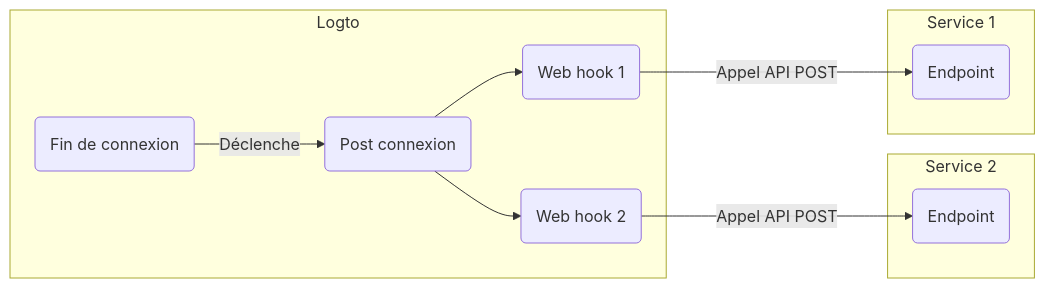
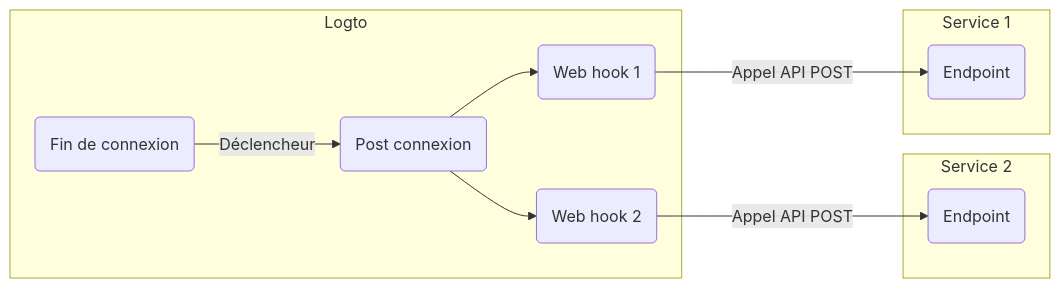
One commit to logto-io/docs changed the diagram in i18n/fr/docusaurus-plugin-content-docs/current/developers/webhooks/README.mdx. Above: the diagram before and after it, drawn with Mermaid. The commit also changed other lines of this file and 234 other files, not shown here.

````diff
--- a/i18n/fr/docusaurus-plugin-content-docs/current/developers/webhooks/README.mdx
+++ b/i18n/fr/docusaurus-plugin-content-docs/current/developers/webhooks/README.mdx
@@ -36,24 +36,24 @@
 ```mermaid
 graph LR
   subgraph Logto
     SF(Fin de connexion)
     PS(Post connexion)
     WH2(Web hook 2)
     WH1(Web hook 1)
   end
 
   subgraph Service 2
     E2(Endpoint)
   end
 
   subgraph Service 1
     E1(Endpoint)
   end
 
-  SF -->|Déclenche| PS
+  SF -->|Déclencheur| PS
   PS --> WH1
   PS --> WH2
   WH1 --->|Appel API POST| E1
   WH2 --->|Appel API POST| E2
 
 ```
````
